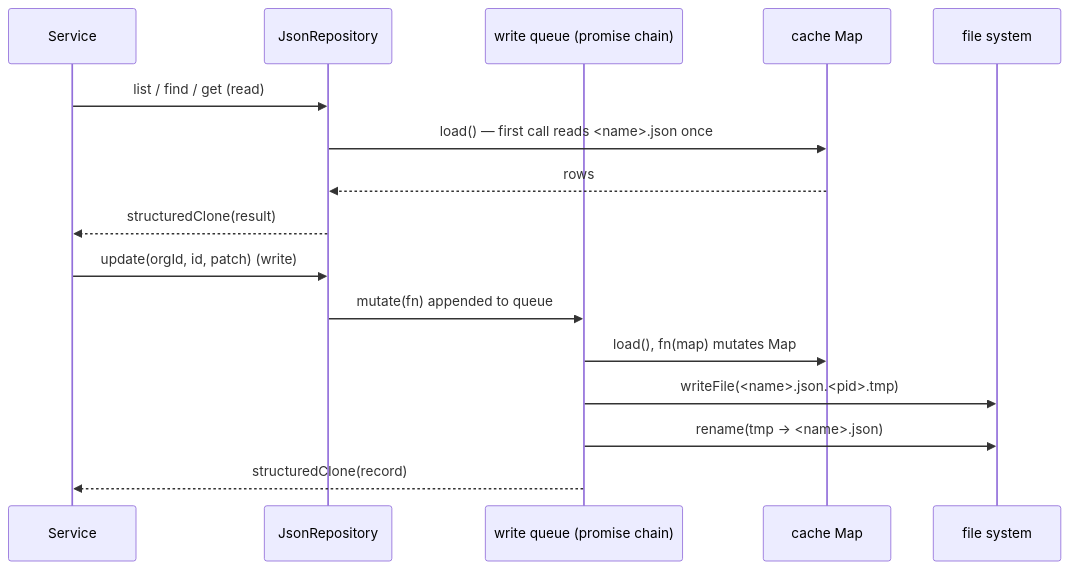
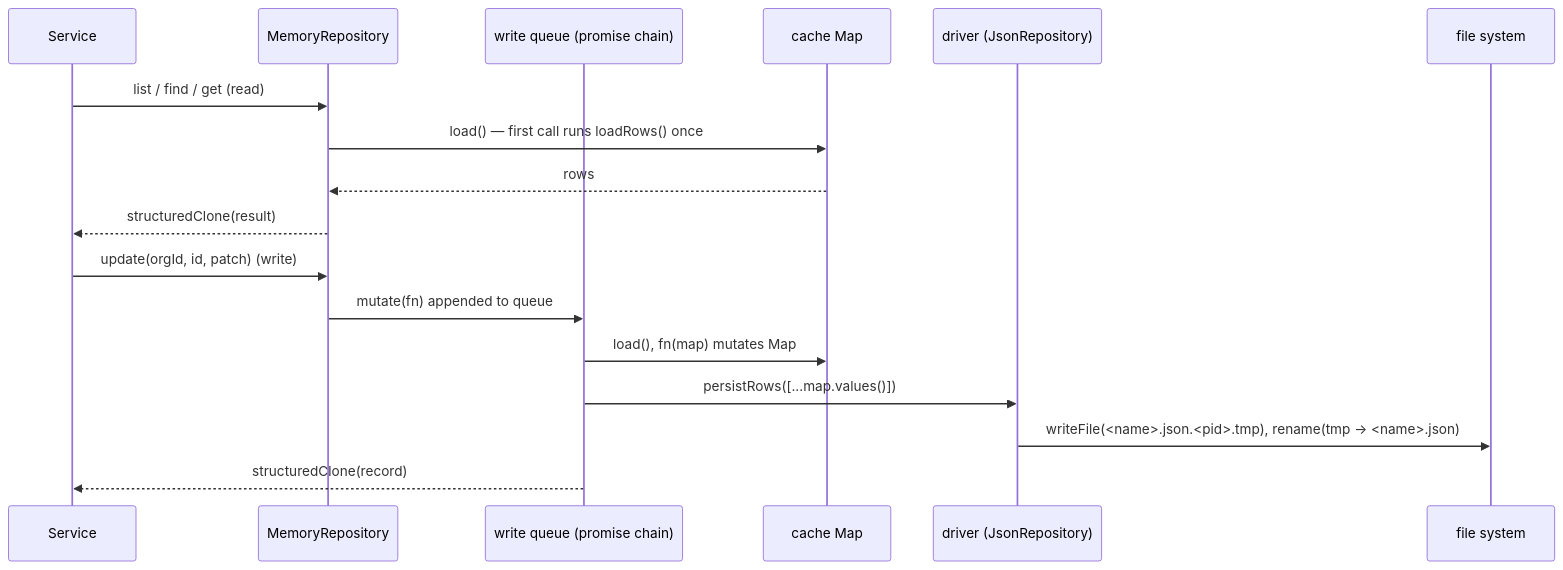
Before and after one commit to adarsh-dev-hs/sell-easy-docs: the diagram in content/docs/engineering/backend/data-layer.mdx, drawn with Mermaid. The commit also changed other lines of this file and 56 other files, not shown here.

````diff
--- a/content/docs/engineering/backend/data-layer.mdx
+++ b/content/docs/engineering/backend/data-layer.mdx
@@ -147,20 +191,21 @@
 ```mermaid
 sequenceDiagram
   participant S as Service
-  participant R as JsonRepository
+  participant R as MemoryRepository
   participant Q as write queue (promise chain)
   participant M as cache Map
+  participant D as driver (JsonRepository)
   participant F as file system
 
   S->>R: list / find / get (read)
-  R->>M: load() — first call reads <name>.json once
+  R->>M: load() — first call runs loadRows() once
   M-->>R: rows
   R-->>S: structuredClone(result)
 
   S->>R: update(orgId, id, patch) (write)
   R->>Q: mutate(fn) appended to queue
   Q->>M: load(), fn(map) mutates Map
-  Q->>F: writeFile(<name>.json.<pid>.tmp)
-  Q->>F: rename(tmp → <name>.json)
+  Q->>D: persistRows([...map.values()])
+  D->>F: writeFile(<name>.json.<pid>.tmp), rename(tmp → <name>.json)
   Q-->>S: structuredClone(record)
 ```
````
